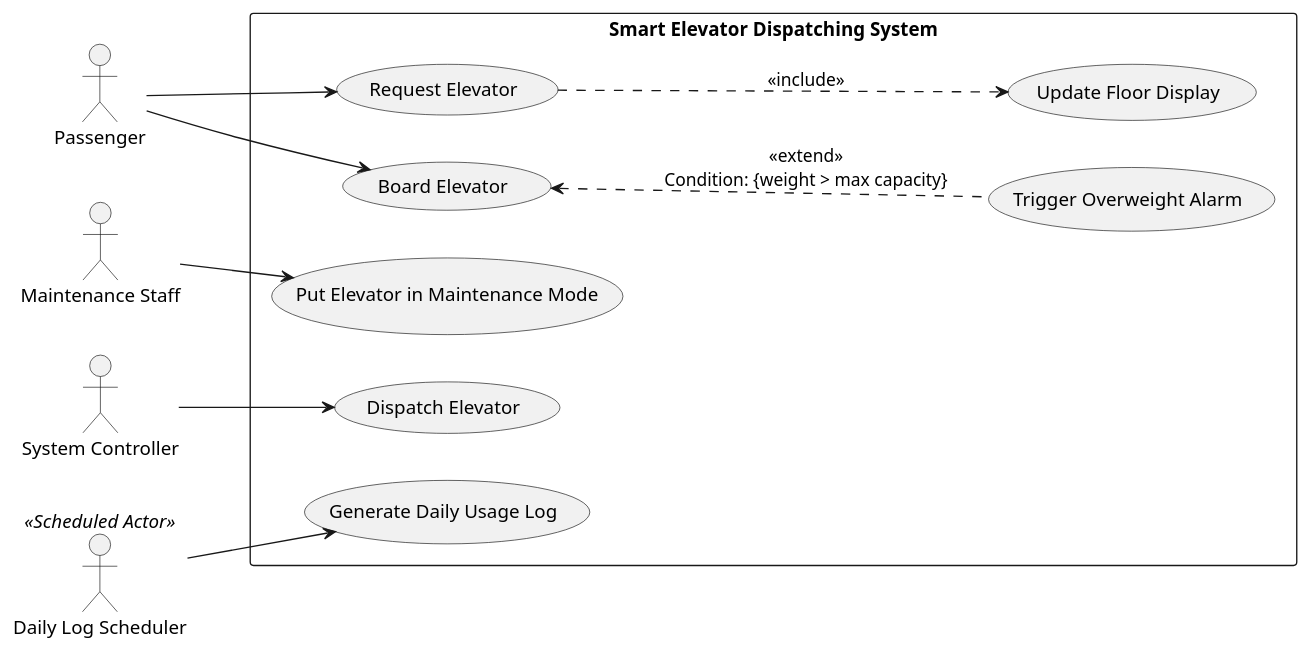
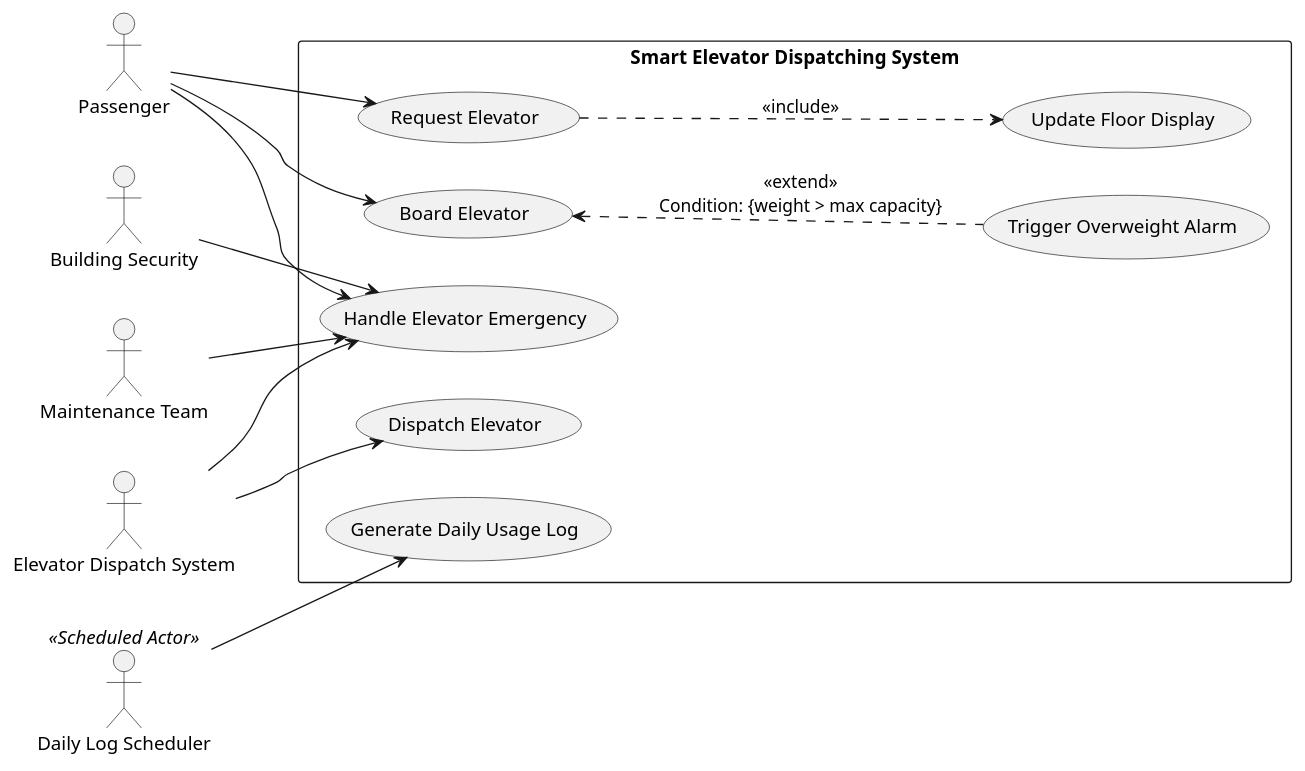
Before and after one commit to Shobhit-Rai-dev/Elevator-Dispatching-System: the diagram in docs/use-case-diagram.puml, drawn with PlantUML. The commit also changed 1 other file, not shown here.

Commit message:
Update use cases and diagram to match provided template

```diff
--- a/docs/use-case-diagram.puml
+++ b/docs/use-case-diagram.puml
@@ -1,31 +1,37 @@
 @startuml
 left to right direction
 skinparam packageStyle rectangle
 
 actor "Passenger" as passenger
-actor "Maintenance Staff" as maintenance
-actor "System Controller" as controller
+actor "Elevator Dispatch System" as dispatchSystem
+actor "Maintenance Team" as maintenance
+actor "Building Security" as security
 actor "Daily Log Scheduler" as timer <<Scheduled Actor>>
 
 rectangle "Smart Elevator Dispatching System" {
   usecase "Request Elevator" as UC1
   usecase "Dispatch Elevator" as UC2
-  usecase "Update Floor Display" as UC3
-  usecase "Board Elevator" as UC4
-  usecase "Trigger Overweight Alarm" as UC5
-  usecase "Put Elevator in Maintenance Mode" as UC6
+  usecase "Handle Elevator Emergency" as UC3
+  usecase "Update Floor Display" as UC4
+  usecase "Board Elevator" as UC5
+  usecase "Trigger Overweight Alarm" as UC6
   usecase "Generate Daily Usage Log" as UC7
   
   passenger --> UC1
-  passenger --> UC4
-  maintenance --> UC6
-  controller --> UC2
+  passenger --> UC5
+  passenger --> UC3
+  
+  dispatchSystem --> UC2
+  dispatchSystem --> UC3
+  
+  maintenance --> UC3
+  security --> UC3
   timer --> UC7
   
   ' Include relationship
-  UC1 ..> UC3 : <<include>>
+  UC1 ..> UC4 : <<include>>
   
   ' Extend relationship with Guard condition
-  UC4 <.. UC5 : <<extend>>\nCondition: {weight > max capacity}
+  UC5 <.. UC6 : <<extend>>\nCondition: {weight > max capacity}
 }
 @enduml
```
